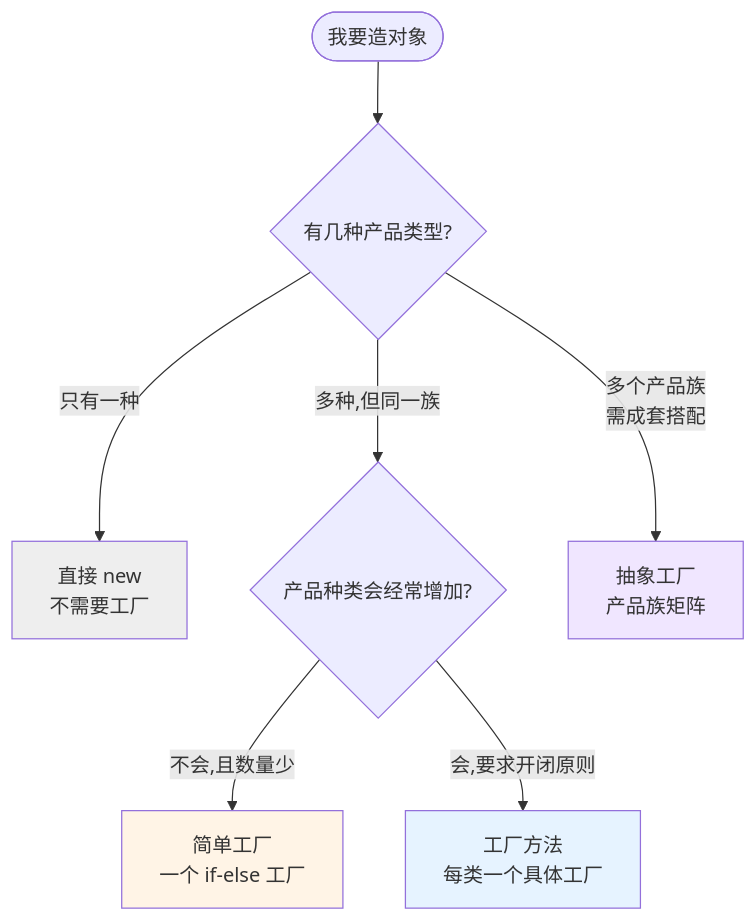
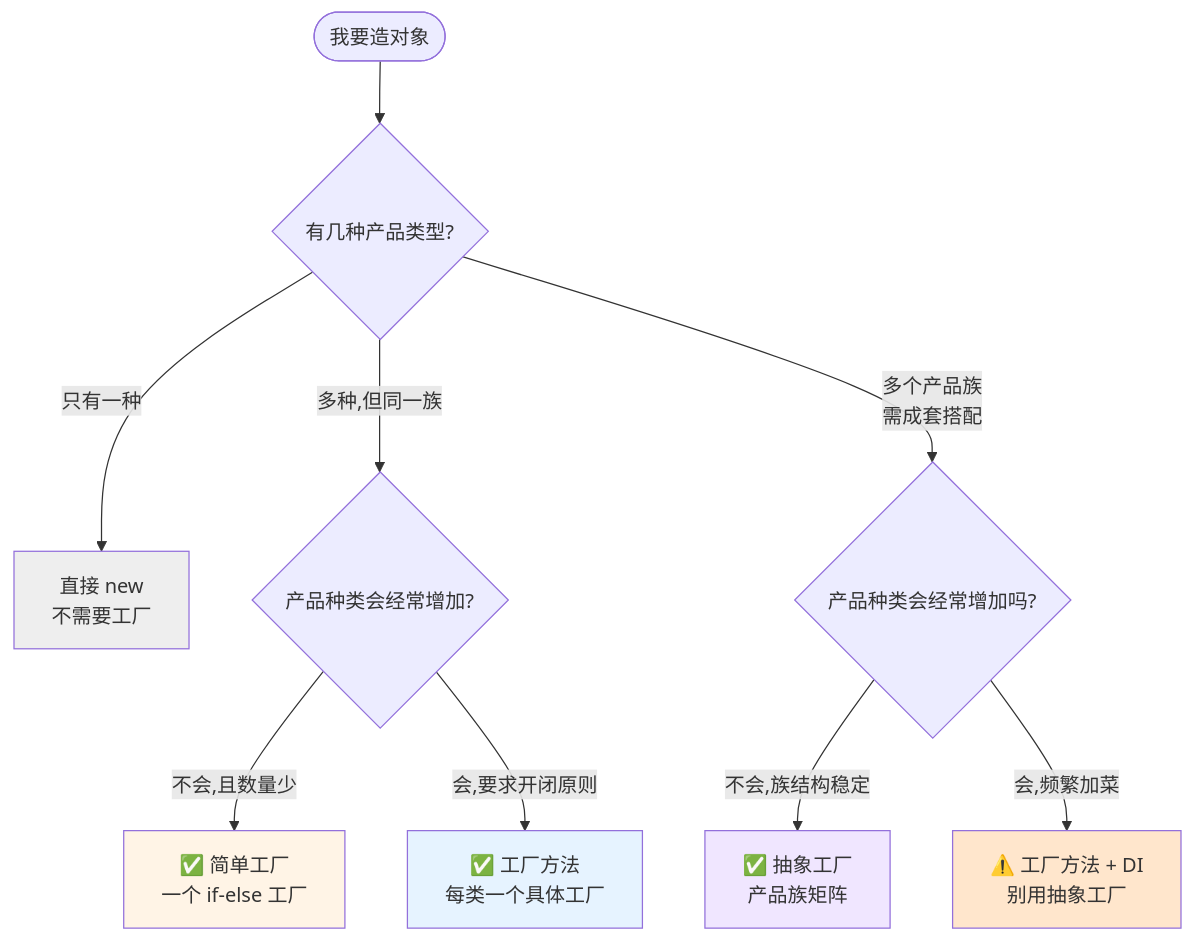
The fifth of 6 diagrams in docs/08.编程/03.巧学设计模式/02.工厂模式设计思想.md (chongyang211/YCBookBlog), drawn with Mermaid before and after one commit. The commit also changed other lines of this file and 1 other file, not shown here.

````diff
--- a/docs/08.编程/03.巧学设计模式/02.工厂模式设计思想.md
+++ b/docs/08.编程/03.巧学设计模式/02.工厂模式设计思想.md
@@ -466,14 +736,17 @@
 ```mermaid
 flowchart TD
     Start([我要造对象]) --> Q1{有几种产品类型?}
     Q1 -->|只有一种| Direct[直接 new<br/>不需要工厂]
     Q1 -->|多种,但同一族| Q2{产品种类会经常增加?}
-    Q1 -->|多个产品族<br/>需成套搭配| AF[抽象工厂<br/>产品族矩阵]
-    Q2 -->|不会,且数量少| SF[简单工厂<br/>一个 if-else 工厂]
-    Q2 -->|会,要求开闭原则| FM[工厂方法<br/>每类一个具体工厂]
+    Q1 -->|多个产品族<br/>需成套搭配| Q3{产品种类会经常增加吗?}
+    Q2 -->|不会,且数量少| SF[✅ 简单工厂<br/>一个 if-else 工厂]
+    Q2 -->|会,要求开闭原则| FM[✅ 工厂方法<br/>每类一个具体工厂]
+    Q3 -->|不会,族结构稳定| AF[✅ 抽象工厂<br/>产品族矩阵]
+    Q3 -->|会,频繁加菜| Back[⚠️ 工厂方法 + DI<br/>别用抽象工厂]
 
     style Direct fill:#eee
     style SF fill:#fff4e6
     style FM fill:#e6f3ff
     style AF fill:#f0e6ff
+    style Back fill:#ffe6cc
 ```
````
